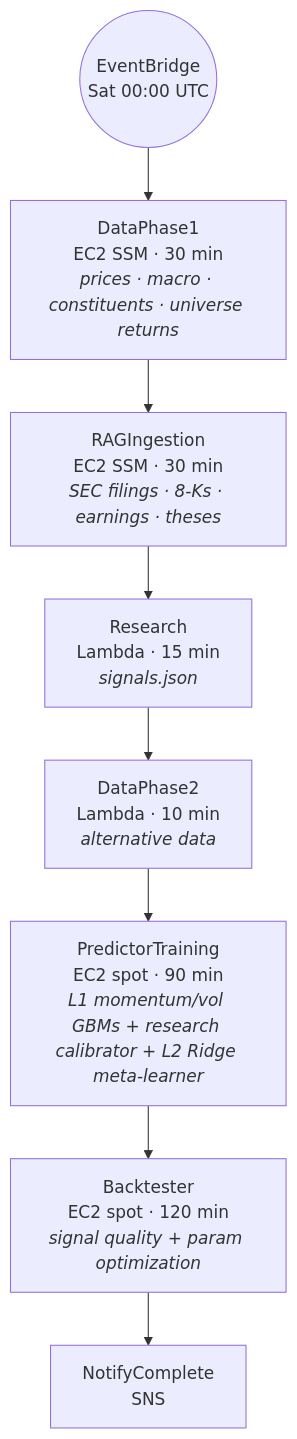
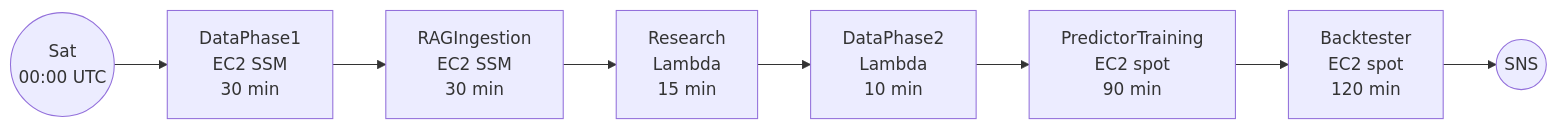
One commit to cipher813/alpha-engine-docs changed the second of 3 diagrams in README.md. Above: the diagram before and after it, drawn with Mermaid. The commit also changed other lines of this file, not shown here.

````diff
--- a/README.md
+++ b/README.md
@@ -119,11 +96,10 @@
 ```mermaid
-flowchart TD
-    Trigger((EventBridge<br/>Sat 00:00 UTC)) --> P1
-    P1[DataPhase1<br/>EC2 SSM · 30 min<br/><i>prices · macro · constituents · universe returns</i>] --> RAG
-    RAG[RAGIngestion<br/>EC2 SSM · 30 min<br/><i>SEC filings · 8-Ks · earnings · theses</i>] --> R
-    R[Research<br/>Lambda · 15 min<br/><i>signals.json</i>] --> P2
-    P2[DataPhase2<br/>Lambda · 10 min<br/><i>alternative data</i>] --> Train
-    Train[PredictorTraining<br/>EC2 spot · 90 min<br/><i>L1 momentum/vol GBMs + research calibrator + L2 Ridge meta-learner</i>] --> BT
-    BT[Backtester<br/>EC2 spot · 120 min<br/><i>signal quality + param optimization</i>] --> Notify
-    Notify[NotifyComplete<br/>SNS]
+flowchart LR
+    Trigger((Sat<br/>00:00 UTC)) --> P1
+    P1[DataPhase1<br/>EC2 SSM<br/>30 min] --> RAG
+    RAG[RAGIngestion<br/>EC2 SSM<br/>30 min] --> R
+    R[Research<br/>Lambda<br/>15 min] --> P2
+    P2[DataPhase2<br/>Lambda<br/>10 min] --> Train
+    Train[PredictorTraining<br/>EC2 spot<br/>90 min] --> BT
+    BT[Backtester<br/>EC2 spot<br/>120 min] --> Notify((SNS))
 ```
````
